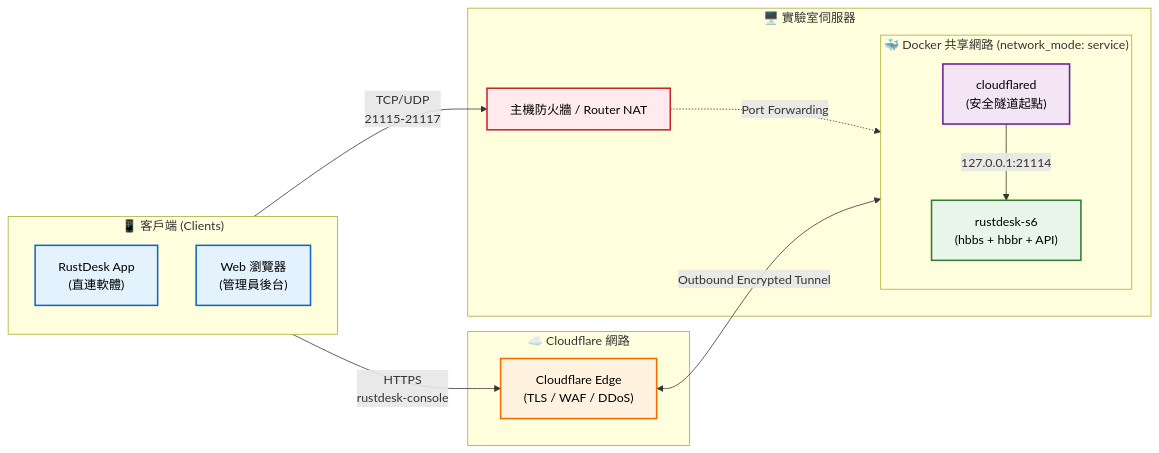
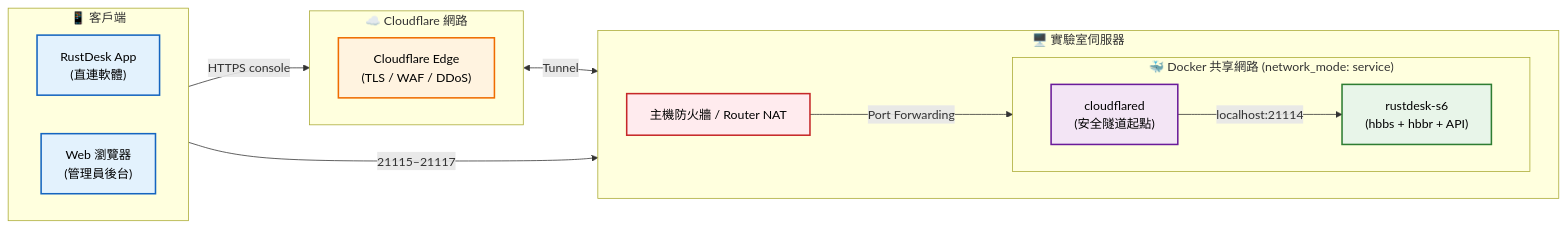
The diagram in README.md (felimet/self-host-rustdesk-server), drawn with Mermaid before and after one commit.

Commit message:
docs: restore mermaid diagram comments

````diff
--- a/README.md
+++ b/README.md
@@ -41,44 +41,46 @@
 ```mermaid
 flowchart LR
-    subgraph Clients ["📱 客戶端 (Clients)"]
-        direction TB
-        RC["RustDesk App<br>(直連軟體)"]
-        Web["Web 瀏覽器<br>(管理員後台)"]
+
+    subgraph C["📱 客戶端"]
+        direction LR
+        RC["RustDesk App<br/>(直連軟體)"]
+        Web["Web 瀏覽器<br/>(管理員後台)"]
     end
 
-    subgraph Cloudflare ["☁️ Cloudflare 網路"]
-        CF["Cloudflare Edge<br>(TLS / WAF / DDoS)"]
+    subgraph CFNET["☁️ Cloudflare 網路"]
+        direction LR
+        CF["Cloudflare Edge<br/>(TLS / WAF / DDoS)"]
     end
 
-    subgraph Server ["🖥️ 實驗室伺服器"]
+    subgraph LAB["🖥️ 實驗室伺服器"]
+        direction LR
         FW["主機防火牆 / Router NAT"]
-        
-        subgraph Docker ["🐳 Docker 共享網路 (network_mode: service)"]
-            direction TB
-            Cloudflared["cloudflared<br>(安全隧道起點)"]
-            Rustdesk["rustdesk-s6<br>(hbbs + hbbr + API)"]
+
+        subgraph DOCKER["🐳 Docker 共享網路 (network_mode: service)"]
+            direction LR
+            Cloudflared["cloudflared<br/>(安全隧道起點)"]
+            Rustdesk["rustdesk-s6<br/>(hbbs + hbbr + API)"]
         end
     end
 
     %% 客戶端直連
-    RC -- "TCP/UDP<br>21115-21117" --> FW
-    FW -. "Port Forwarding" .-> Rustdesk
-    
-    %% 管理員走 Tunnel
-    Web -- "HTTPS<br>rustdesk-console" --> CF
-    CF <-- "Outbound Encrypted Tunnel" --> Cloudflared
-    Cloudflared -- "127.0.0.1:21114" --> Rustdesk
+    RC --->|"21115–21117"| FW
+    FW --->|"Port Forwarding"| Rustdesk
 
-    %% 樣式定義
+    %% 管理員 / 使用者後台走 Tunnel
+    Web -->|"HTTPS console"| CF
+    CF <-->|"Tunnel"| Cloudflared
+    Cloudflared -->|"localhost:21114"| Rustdesk
+
     classDef app fill:#e3f2fd,stroke:#1565c0,stroke-width:2px,color:#000
     classDef cf fill:#fff3e0,stroke:#ef6c00,stroke-width:2px,color:#000
     classDef firewall fill:#ffebee,stroke:#c62828,stroke-width:2px,color:#000
     classDef rustdesk fill:#e8f5e9,stroke:#2e7d32,stroke-width:2px,color:#000
     classDef tunnel fill:#f3e5f5,stroke:#6a1b9a,stroke-width:2px,color:#000
 
     class RC,Web app
     class CF cf
     class FW firewall
     class Rustdesk rustdesk
     class Cloudflared tunnel
 ```
````
